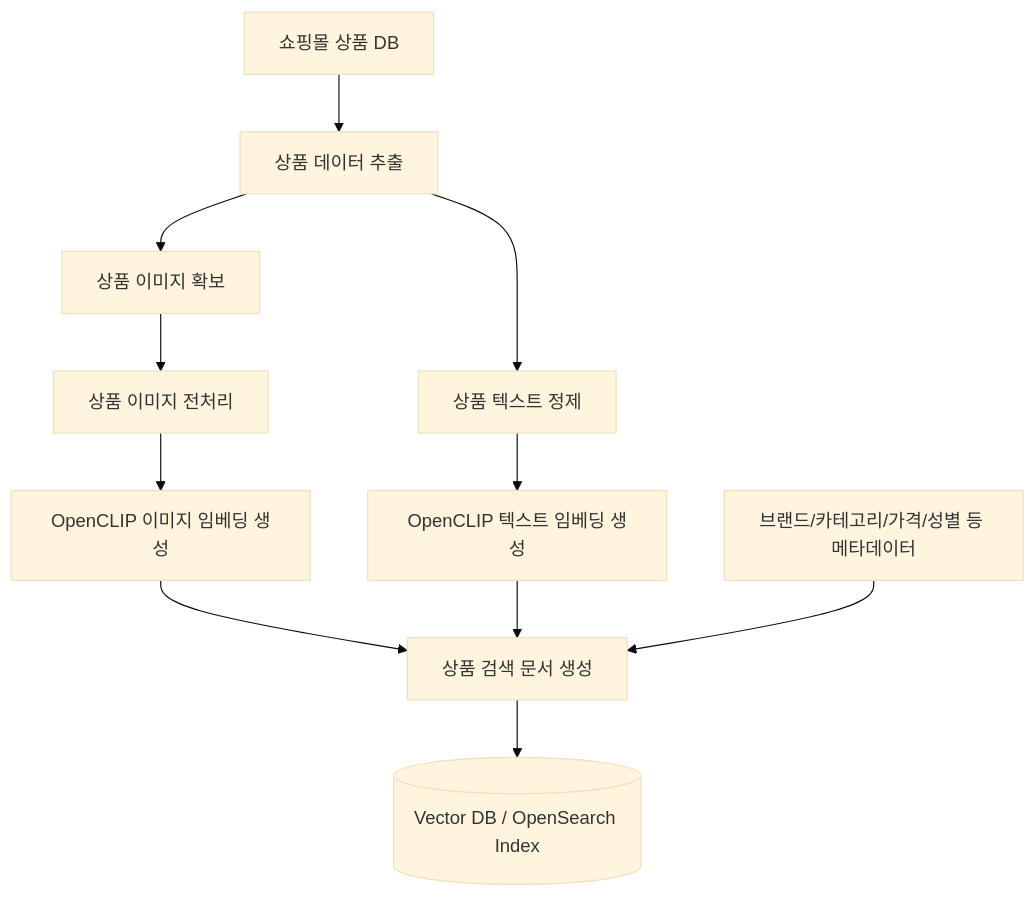
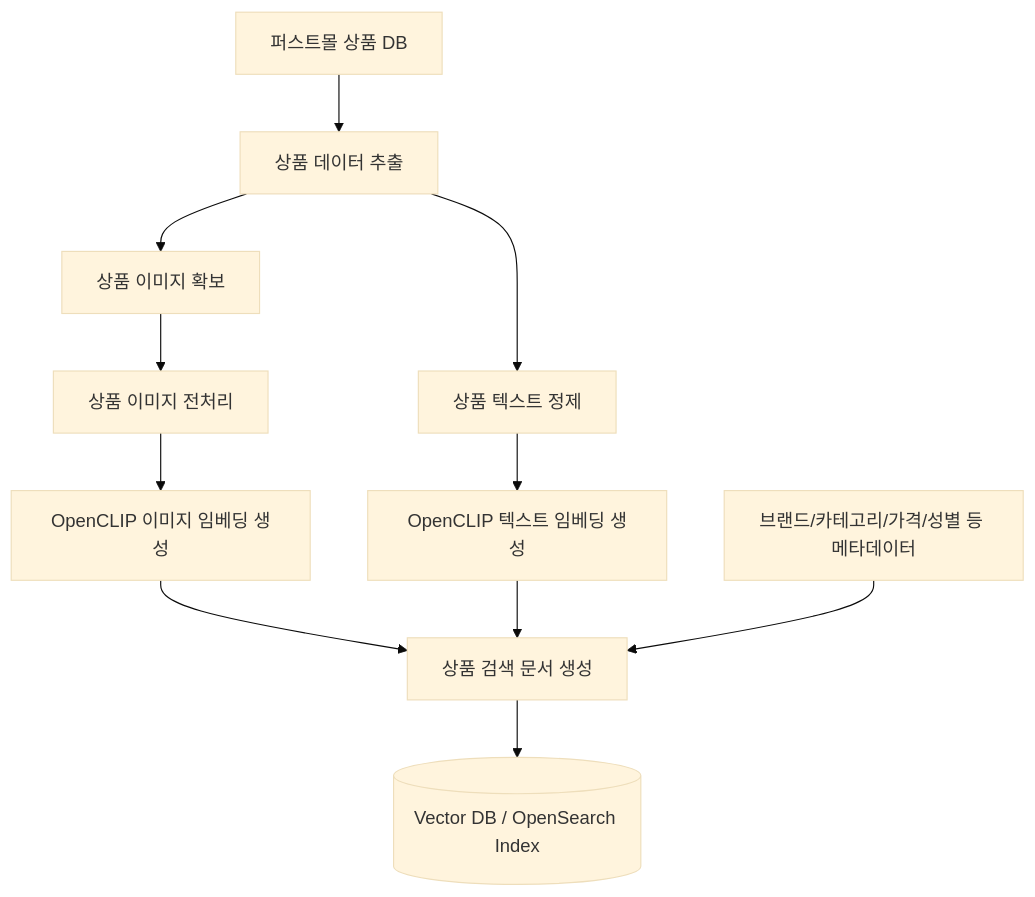
One commit to cincin00/playground-CLIP changed the third of 7 diagrams in README.md. Above: the diagram before and after it, drawn with Mermaid (base theme). The commit also changed other lines of this file, not shown here.

````diff
--- a/README.md
+++ b/README.md
@@ -96,18 +127,18 @@
 ```mermaid
 flowchart TD
-    DB[쇼핑몰 상품 DB] --> EXTRACT[상품 데이터 추출]
+    DB[퍼스트몰 상품 DB] --> EXTRACT[상품 데이터 추출]
     EXTRACT --> IMGDL[상품 이미지 확보]
     EXTRACT --> TXTPREP[상품 텍스트 정제]
 
     IMGDL --> IMGPRE[상품 이미지 전처리]
     IMGPRE --> IEMB[OpenCLIP 이미지 임베딩 생성]
 
     TXTPREP --> TEMB[OpenCLIP 텍스트 임베딩 생성]
 
     IEMB --> INDEXDOC[상품 검색 문서 생성]
     TEMB --> INDEXDOC
 
     META[브랜드/카테고리/가격/성별 등 메타데이터] --> INDEXDOC
 
     INDEXDOC --> VDB[(Vector DB / OpenSearch Index)]
 ```
````
